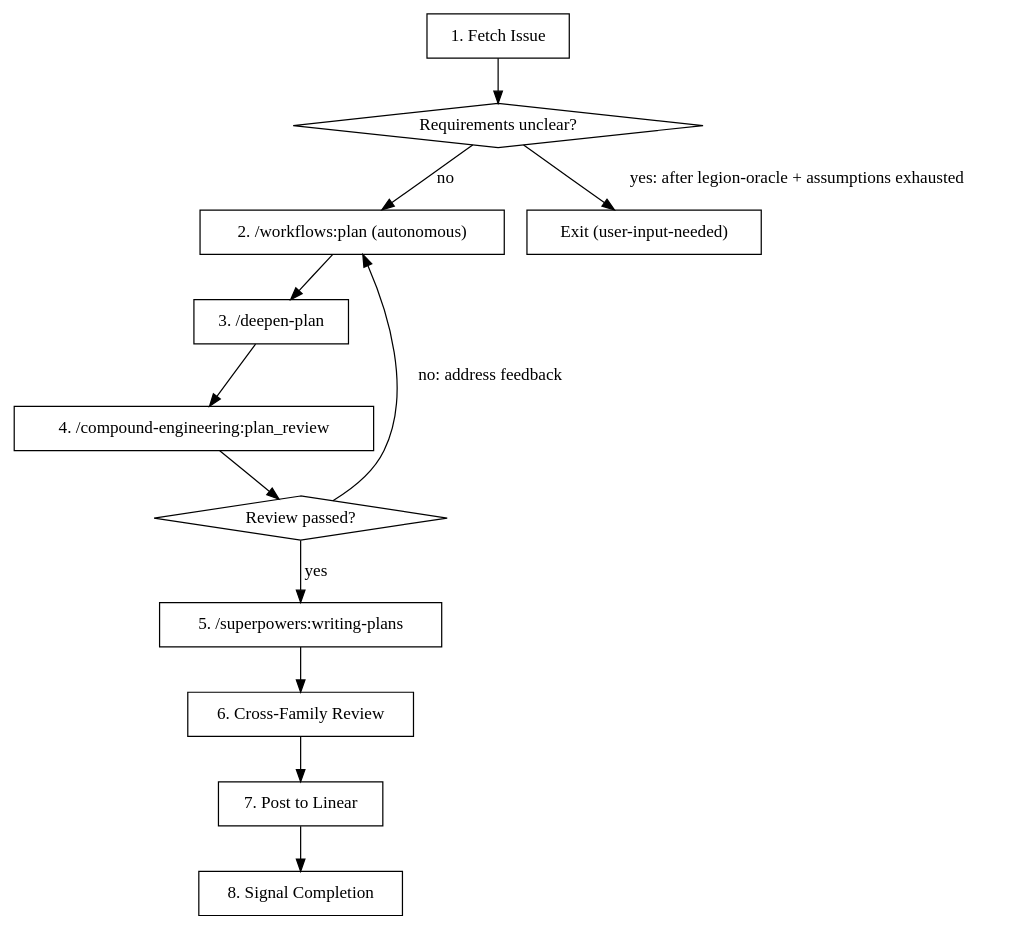
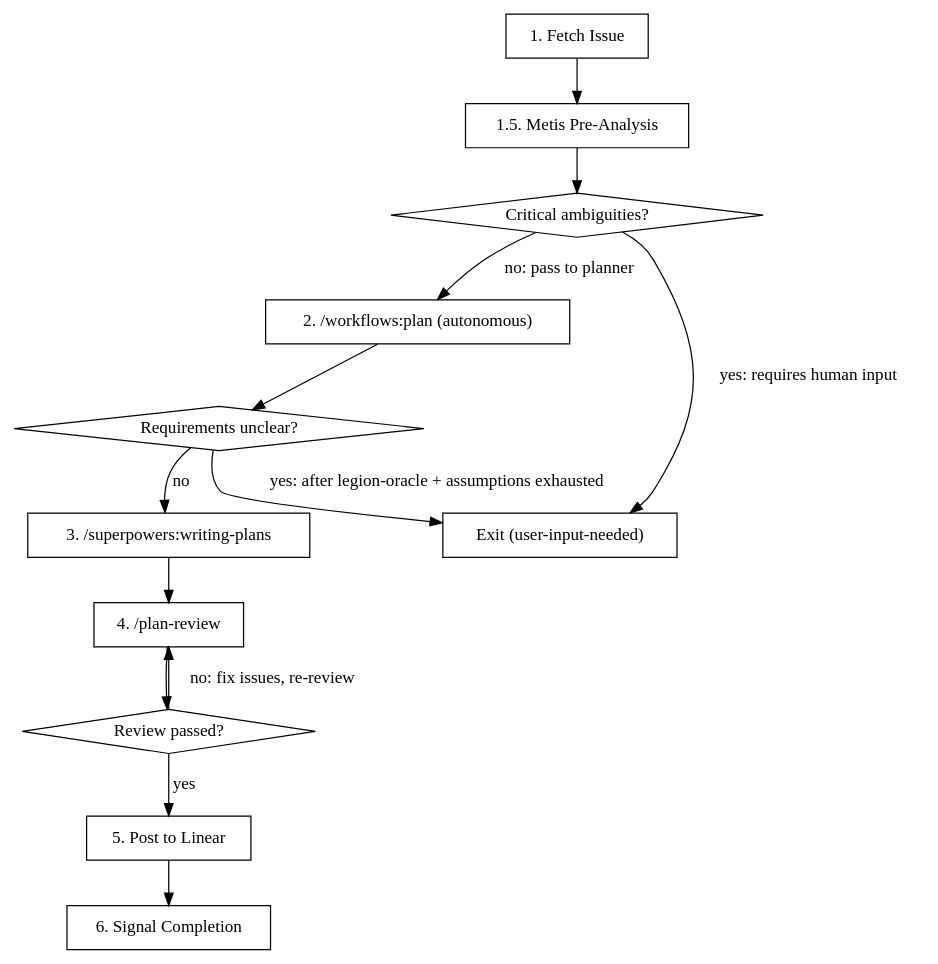
One commit to sjawhar/legion changed the diagram in .claude/skills/legion-worker/workflows/plan.md. Above: the diagram before and after it, drawn with Graphviz. The commit also changed other lines of this file and 22 other files, not shown here.

````diff
--- a/.claude/skills/legion-worker/workflows/plan.md
+++ b/.claude/skills/legion-worker/workflows/plan.md
@@ -7,30 +7,31 @@
 ```dot
 digraph plan_workflow {
     rankdir=TB;
     node [shape=box];
 
     fetch [label="1. Fetch Issue"];
+    metis [label="1.5. Metis Pre-Analysis"];
+    critical [label="Critical ambiguities?" shape=diamond];
+    research_plan [label="2. /workflows:plan (autonomous)"];
     unclear [label="Requirements unclear?" shape=diamond];
-    research_plan [label="2. /workflows:plan (autonomous)"];
-    deepen [label="3. /deepen-plan"];
-    review [label="4. /compound-engineering:plan_review"];
+    executable [label="3. /superpowers:writing-plans"];
+    review [label="4. /plan-review"];
     passed [label="Review passed?" shape=diamond];
-    executable [label="5. /superpowers:writing-plans"];
-    cross_review [label="6. Cross-Family Review"];
-    post [label="7. Post to Linear"];
-    complete [label="8. Signal Completion"];
+    post [label="5. Post to Linear"];
+    complete [label="6. Signal Completion"];
     exit_unclear [label="Exit (user-input-needed)"];
 
-    fetch -> unclear;
+    fetch -> metis;
+    metis -> critical;
+    critical -> exit_unclear [label="yes: requires human input"];
+    critical -> research_plan [label="no: pass to planner"];
+    research_plan -> unclear;
     unclear -> exit_unclear [label="yes: after legion-oracle + assumptions exhausted"];
-    unclear -> research_plan [label="no"];
-    research_plan -> deepen;
-    deepen -> review;
+    unclear -> executable [label="no"];
+    executable -> review;
     review -> passed;
-    passed -> research_plan [label="no: address feedback"];
-    passed -> executable [label="yes"];
-    executable -> cross_review;
-    cross_review -> post;
+    passed -> review [label="no: fix issues, re-review"];
+    passed -> post [label="yes"];
     post -> complete;
 }
 ```
````
